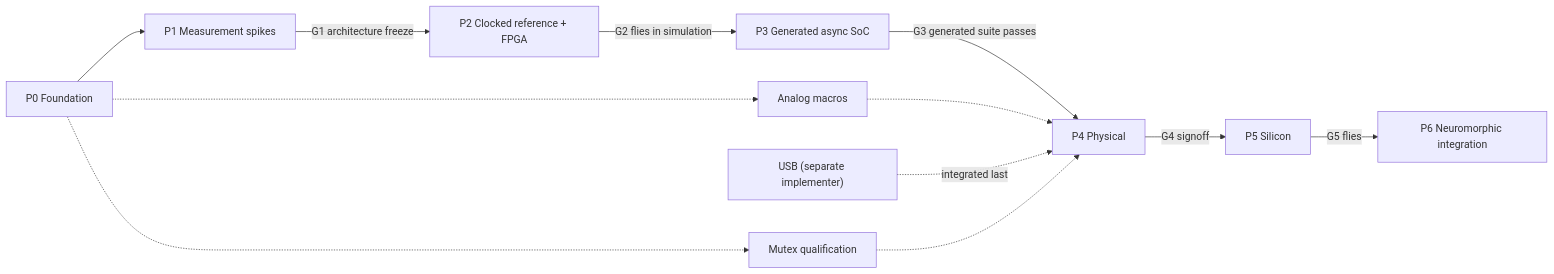
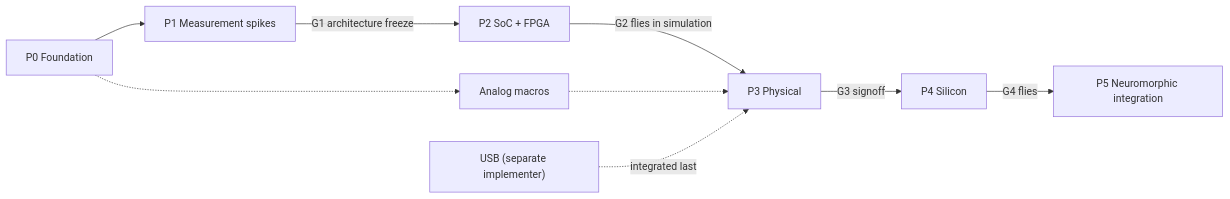
Before and after one commit to BiscutLabs/deadhorse-mcu: the diagram in docs/plan/09-roadmap.md, drawn with Mermaid. The commit also changed other lines of this file and 19 other files, not shown here.

````diff
--- a/docs/plan/09-roadmap.md
+++ b/docs/plan/09-roadmap.md
@@ -7,14 +12,11 @@
 ```mermaid
 flowchart LR
   P0["P0 Foundation"] --> P1["P1 Measurement spikes"]
-  P1 -->|G1 architecture freeze| P2["P2 Clocked reference + FPGA"]
-  P2 -->|G2 flies in simulation| P3["P3 Generated async SoC"]
-  P3 -->|G3 generated suite passes| P4["P4 Physical"]
-  P4 -->|G4 signoff| P5["P5 Silicon"]
-  P5 -->|G5 flies| P6["P6 Neuromorphic integration"]
-  A["Analog macros"] -.-> P4
-  U["USB (separate implementer)"] -.->|integrated last| P4
-  M["Mutex qualification"] -.-> P4
+  P1 -->|G1 architecture freeze| P2["P2 SoC + FPGA"]
+  P2 -->|G2 flies in simulation| P3["P3 Physical"]
+  P3 -->|G3 signoff| P4["P4 Silicon"]
+  P4 -->|G4 flies| P5["P5 Neuromorphic integration"]
+  A["Analog macros"] -.-> P3
+  U["USB (separate implementer)"] -.->|integrated last| P3
   P0 -.-> A
-  P0 -.-> M
 ```
````
